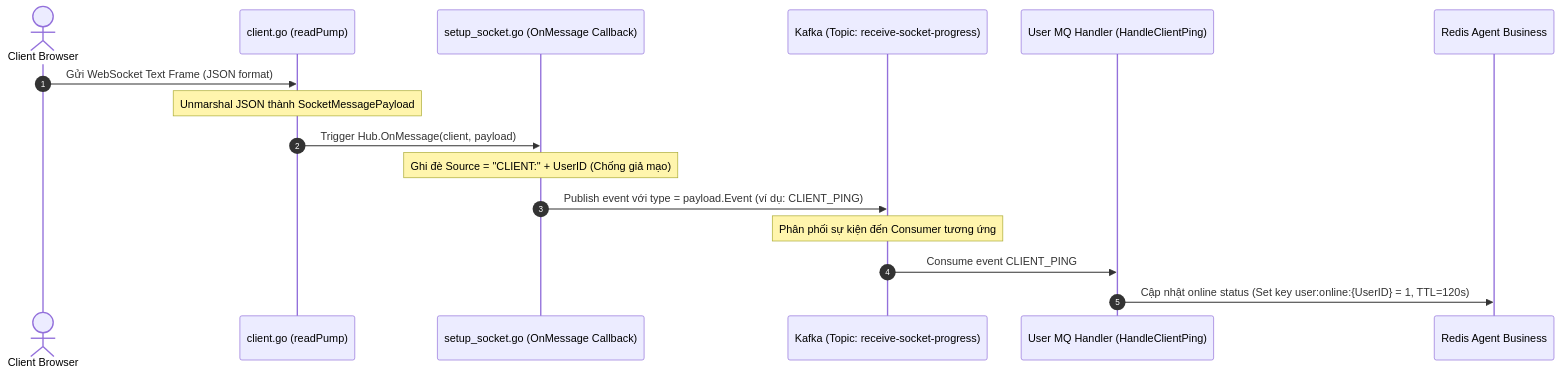
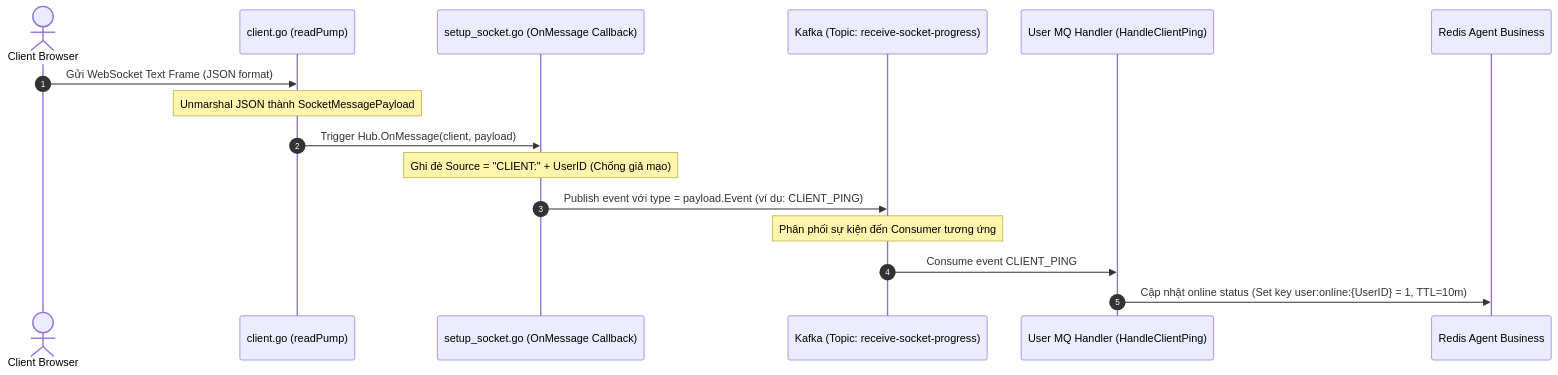
One commit to sowfkun/sowfkun-verse changed the fourth of 4 diagrams in .agents/docs/SOCKET_FLOW.md. Above: the diagram before and after it, drawn with Mermaid. The commit also changed other lines of this file and 1 other file, not shown here.

Commit message:
feat(socket): complete 5-minute ping, 10-minute Redis TTL, CLIENT_PONG acknowledgement, defensive nil checks, boot order fix and updated specification docs

````diff
--- a/.agents/docs/SOCKET_FLOW.md
+++ b/.agents/docs/SOCKET_FLOW.md
@@ -102,20 +123,20 @@
 ```mermaid
 sequenceDiagram
     autonumber
     actor Client as Client Browser
     participant ClientWS as client.go (readPump)
     participant Gateway as setup_socket.go (OnMessage Callback)
     participant Kafka as Kafka (Topic: receive-socket-progress)
     participant MQ as User MQ Handler (HandleClientPing)
     participant Redis as Redis Agent Business
 
     Client->>ClientWS: Gửi WebSocket Text Frame (JSON format)
     Note over ClientWS: Unmarshal JSON thành SocketMessagePayload
     ClientWS->>Gateway: Trigger Hub.OnMessage(client, payload)
     Note over Gateway: Ghi đè Source = "CLIENT:" + UserID (Chống giả mạo)
     Gateway->>Kafka: Publish event với type = payload.Event (ví dụ: CLIENT_PING)
     
     Note over Kafka: Phân phối sự kiện đến Consumer tương ứng
     Kafka->>MQ: Consume event CLIENT_PING
-    MQ->>Redis: Cập nhật online status (Set key user:online:{UserID} = 1, TTL=120s)
+    MQ->>Redis: Cập nhật online status (Set key user:online:{UserID} = 1, TTL=10m)
 ```
````
